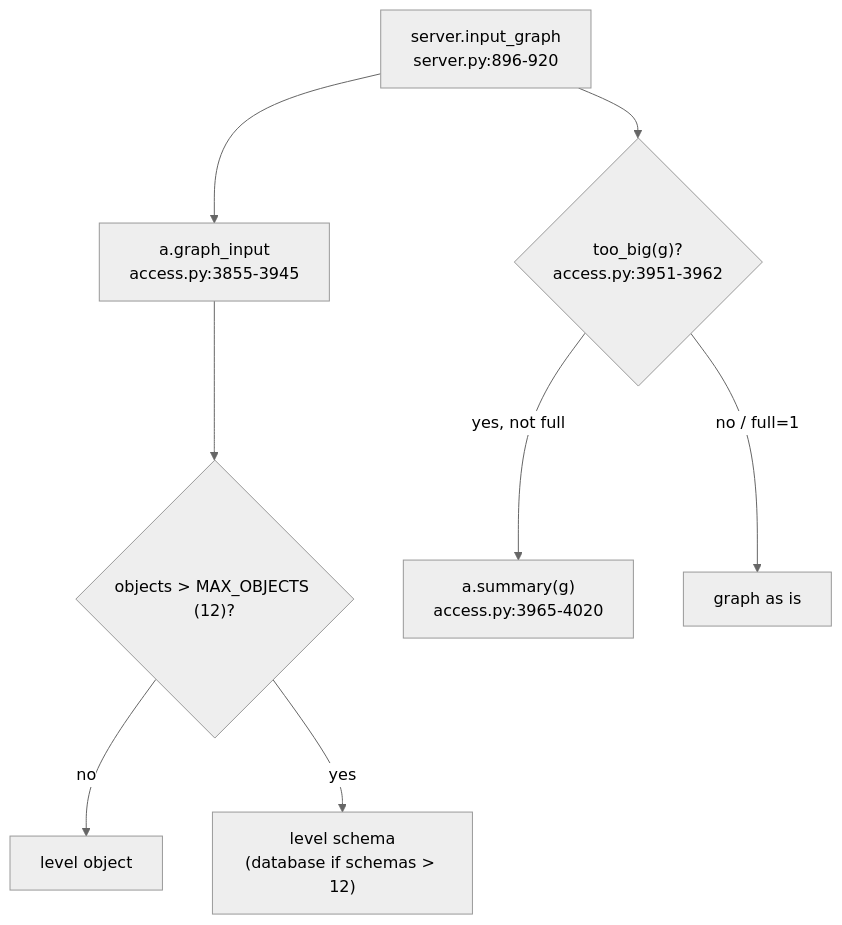
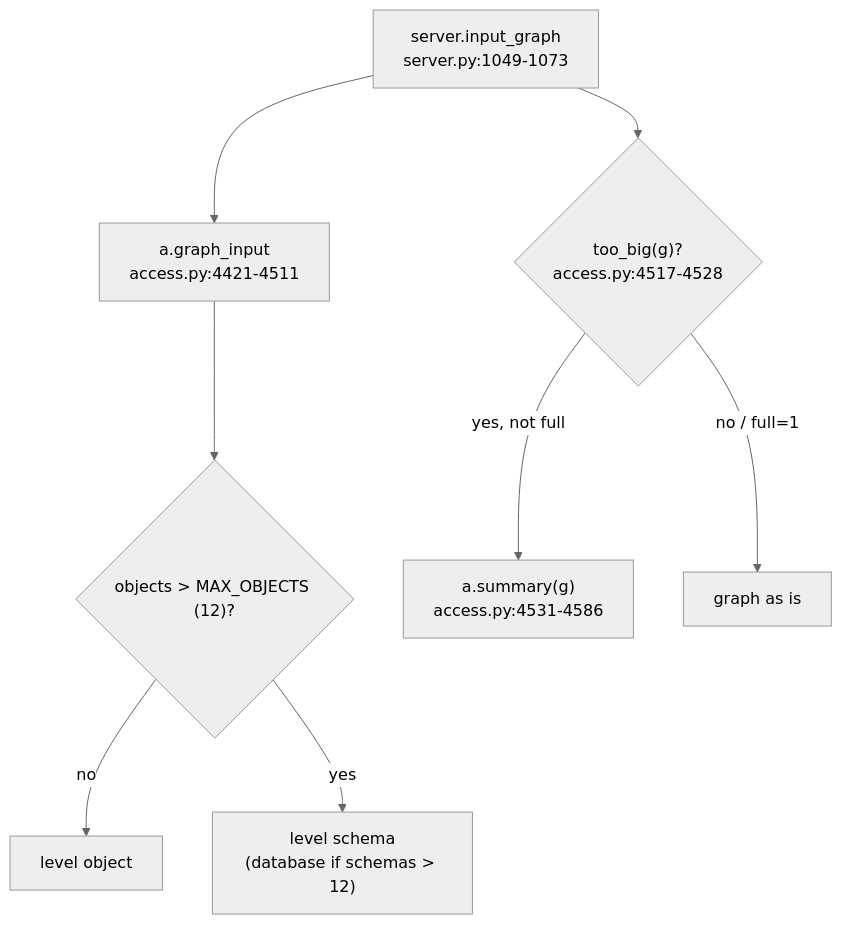
Before and after one commit to darshanmeel/snowflake-access-explorer: the diagram in snowflake-access-explorer-knowledge-graph/logic/graph-input.md, drawn with Mermaid (neutral theme). The commit also changed other lines of this file and 97 other files, not shown here.

First line of the commit message:
Knowledge graph: updated for 80 commits (read levels, object inventory, object activity, graph focus, risks, Home)

````diff
--- a/snowflake-access-explorer-knowledge-graph/logic/graph-input.md
+++ b/snowflake-access-explorer-knowledge-graph/logic/graph-input.md
@@ -6,10 +6,10 @@
 ```mermaid
 flowchart TD
-  IG["server.input_graph<br/>server.py:896-920"] --> GI["a.graph_input<br/>access.py:3855-3945"]
+  IG["server.input_graph<br/>server.py:1049-1073"] --> GI["a.graph_input<br/>access.py:4421-4511"]
   GI --> LV{"objects > MAX_OBJECTS (12)?"}
   LV -- no --> OBJ[level object]
   LV -- yes --> SC["level schema<br/>(database if schemas > 12)"]
-  IG --> TB{"too_big(g)?<br/>access.py:3951-3962"}
-  TB -- "yes, not full" --> SU["a.summary(g)<br/>access.py:3965-4020"]
+  IG --> TB{"too_big(g)?<br/>access.py:4517-4528"}
+  TB -- "yes, not full" --> SU["a.summary(g)<br/>access.py:4531-4586"]
   TB -- "no / full=1" --> RAW[graph as is]
 ```
````
